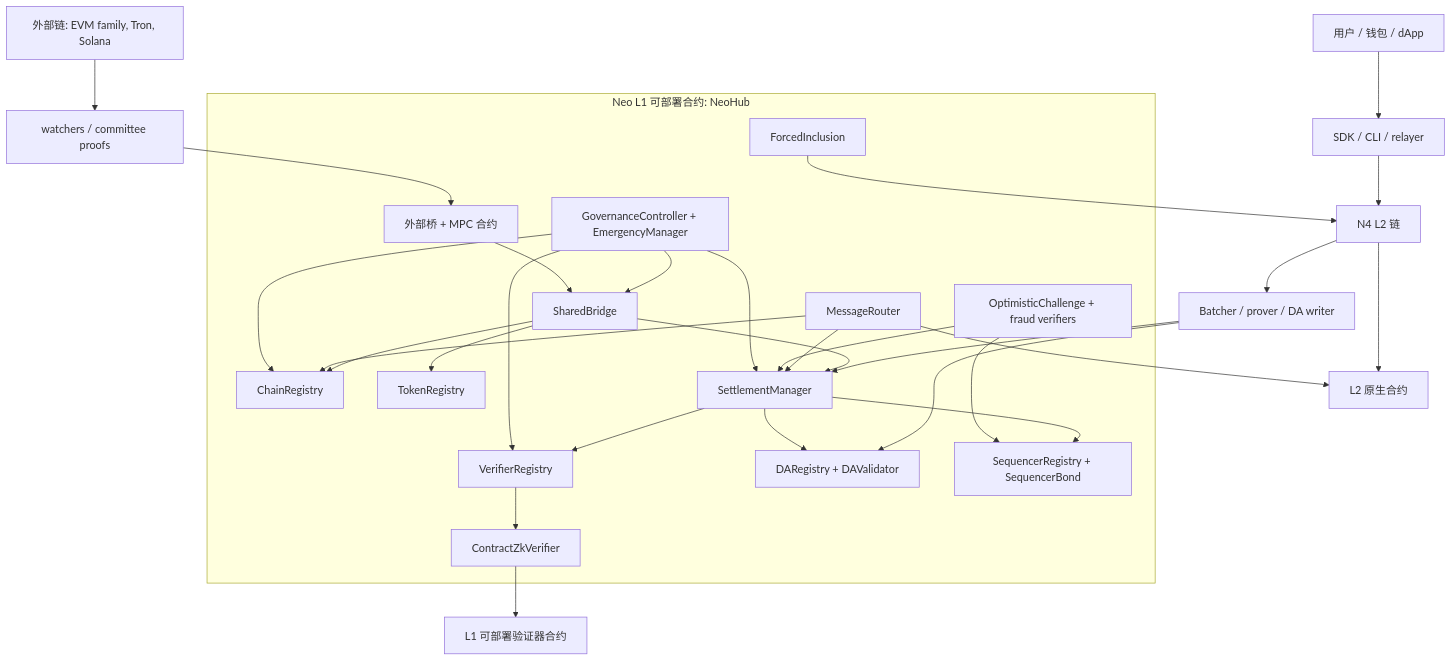
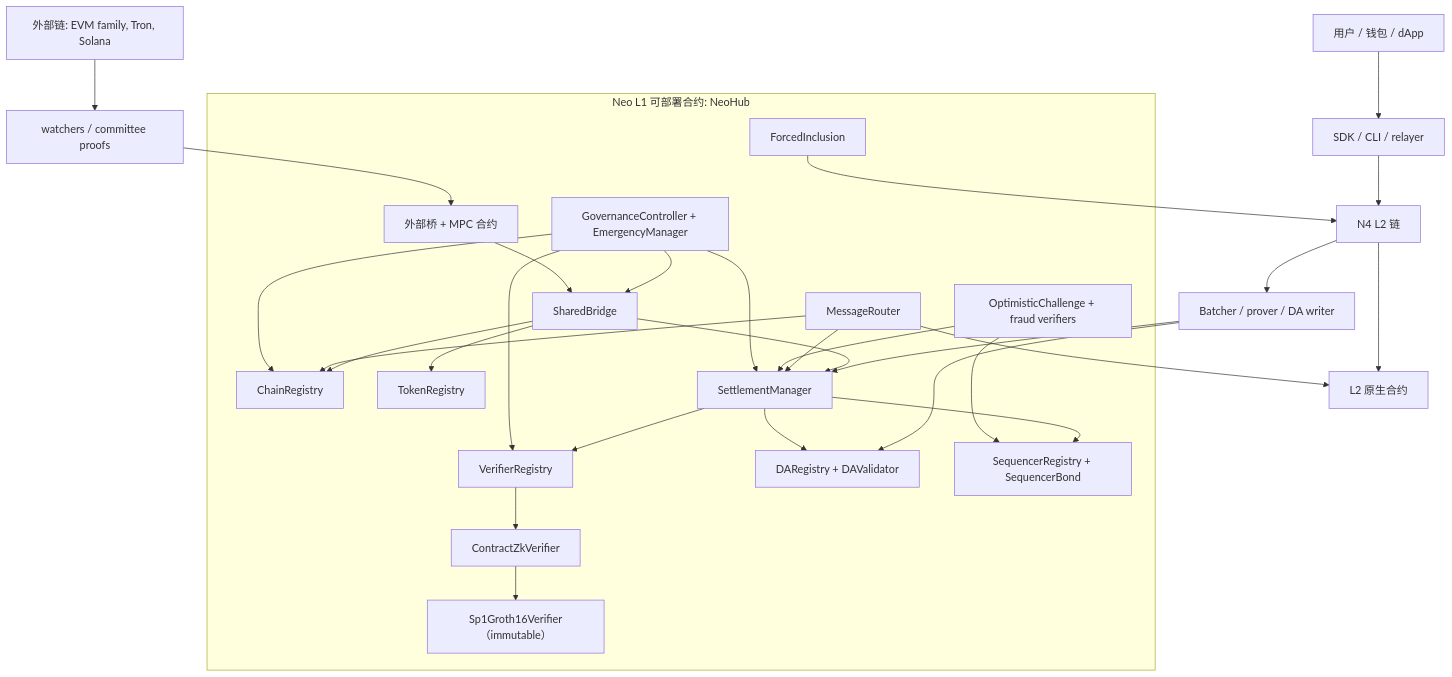
One commit to r3e-network/neo-n4 changed the first of 10 diagrams in docs/zh/neohub-architecture-and-workflows.md. Above: the diagram before and after it, drawn with Mermaid. The commit also changed other lines of this file and 559 other files, not shown here.

````diff
--- a/docs/zh/neohub-architecture-and-workflows.md
+++ b/docs/zh/neohub-architecture-and-workflows.md
@@ -33,48 +37,49 @@
 ```mermaid
 flowchart TB
     user["用户 / 钱包 / dApp"] --> sdk["SDK / CLI / relayer"]
     sdk --> l2["N4 L2 链"]
     l2 --> batcher["Batcher / prover / DA writer"]
     l2 --> l2native["L2 原生合约"]
 
     subgraph l1["Neo L1 可部署合约: NeoHub"]
         chain["ChainRegistry"]
         token["TokenRegistry"]
         bridge["SharedBridge"]
         settle["SettlementManager"]
         verifier["VerifierRegistry"]
         nativezk["ContractZkVerifier"]
+        sp1["Sp1Groth16Verifier（immutable）"]
         msg["MessageRouter"]
         da["DARegistry + DAValidator"]
         seq["SequencerRegistry + SequencerBond"]
         force["ForcedInclusion"]
         challenge["OptimisticChallenge + fraud verifiers"]
         gov["GovernanceController + EmergencyManager"]
         ext["外部桥 + MPC 合约"]
     end
 
     batcher --> da
     batcher --> settle
     settle --> verifier
     verifier --> nativezk
-    nativezk --> nativeacc["L1 可部署验证器合约"]
+    nativezk --> sp1
     settle --> da
     settle --> seq
     bridge --> token
     bridge --> chain
     bridge --> settle
     msg --> chain
     msg --> settle
     msg --> l2native
     force --> l2
     challenge --> settle
     challenge --> seq
     gov --> chain
     gov --> verifier
     gov --> bridge
     gov --> settle
     ext --> bridge
 
     foreign["外部链: EVM family, Tron, Solana"] --> watcher["watchers / committee proofs"]
     watcher --> ext
 ```
````
